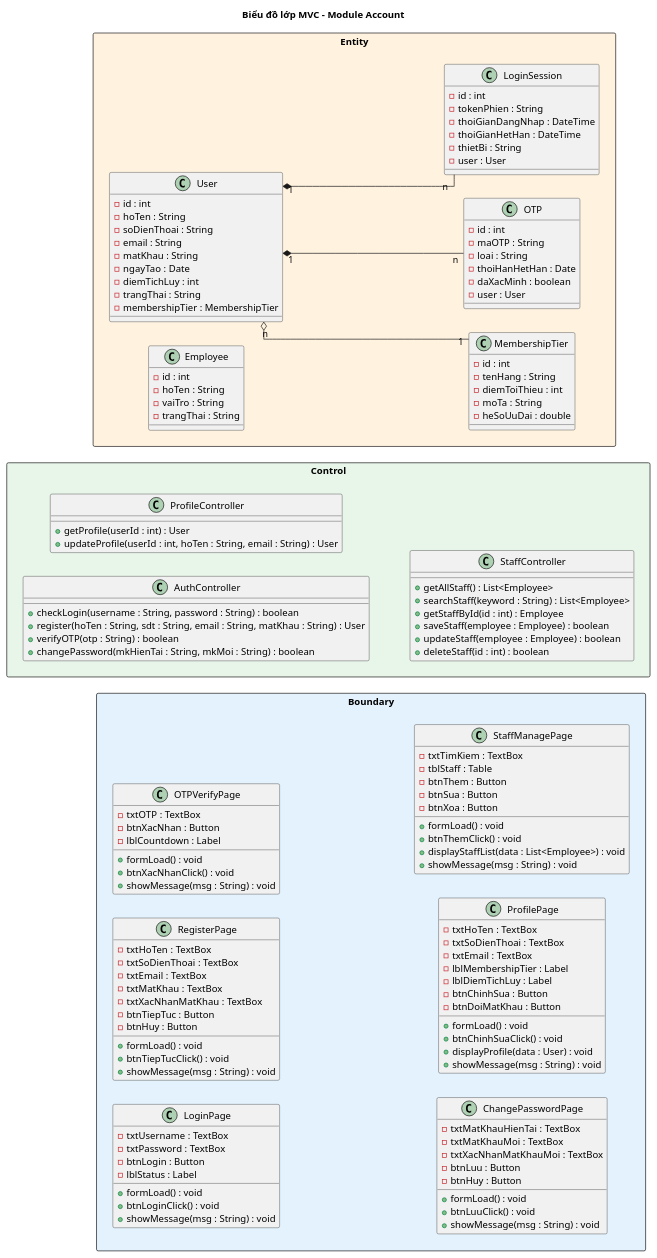
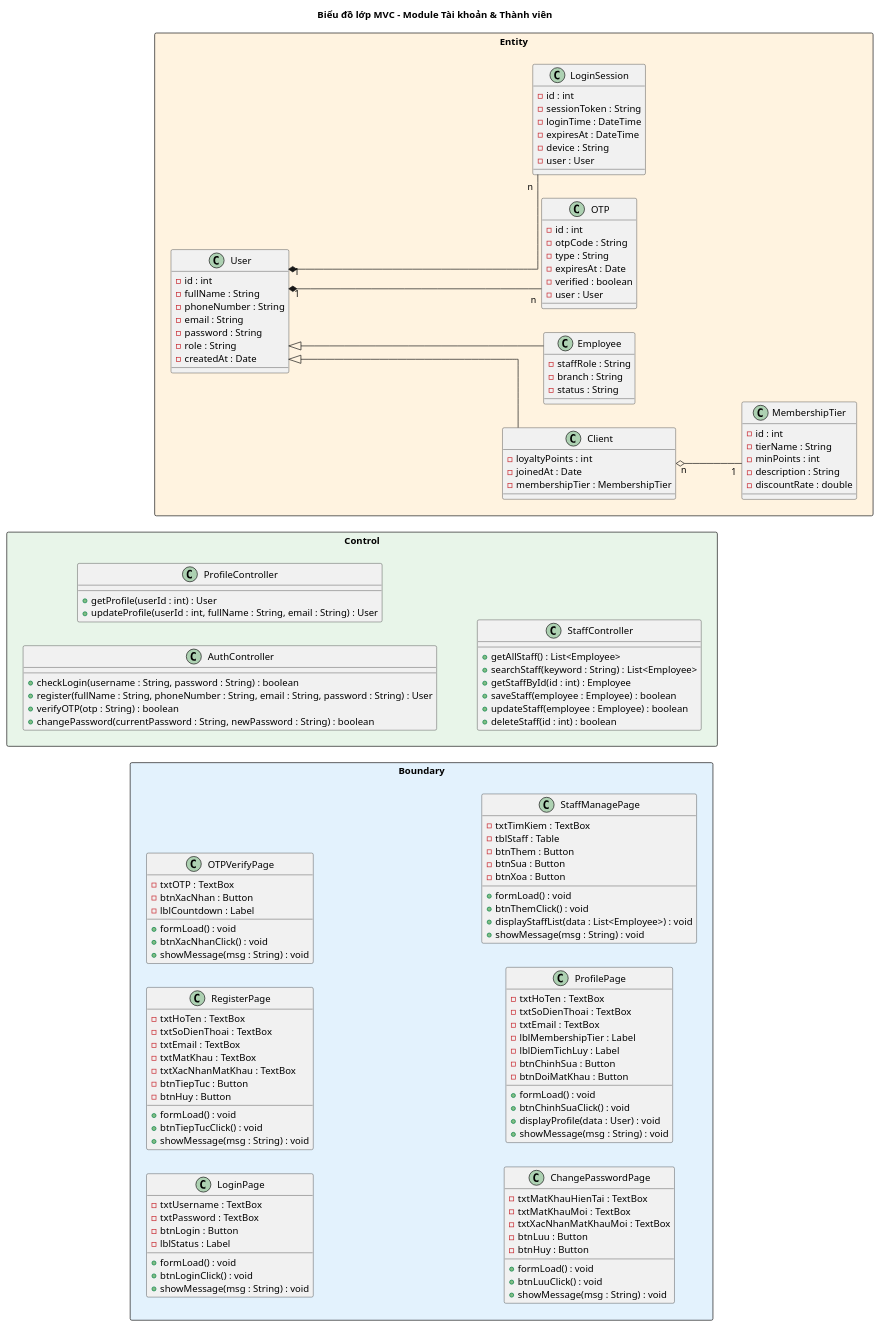
The third of 8 diagrams in docs/tabs/account/iii-design.md (thanhtrnnn/cnpm), drawn with PlantUML before and after one commit. The commit also changed other lines of this file and 8 other files, not shown here.

````diff
--- a/docs/tabs/account/iii-design.md
+++ b/docs/tabs/account/iii-design.md
@@ -406,6 +412,6 @@
 ```plantuml
 @startuml
-title Biểu đồ lớp MVC – Module Account
+title Biểu đồ lớp MVC – Module Tài khoản & Thành viên
 
 left to right direction
 skinparam linetype ortho
@@ -491,14 +497,14 @@
   together {
     class AuthController {
       +checkLogin(username : String, password : String) : boolean
-      +register(hoTen : String, sdt : String, email : String, matKhau : String) : User
+      +register(fullName : String, phoneNumber : String, email : String, password : String) : User
       +verifyOTP(otp : String) : boolean
-      +changePassword(mkHienTai : String, mkMoi : String) : boolean
+      +changePassword(currentPassword : String, newPassword : String) : boolean
     }
 
     class ProfileController {
       +getProfile(userId : int) : User
-      +updateProfile(userId : int, hoTen : String, email : String) : User
+      +updateProfile(userId : int, fullName : String, email : String) : User
     }
 
     class StaffController {
@@ -516,53 +522,58 @@
   together {
     class User {
       -id : int
-      -hoTen : String
-      -soDienThoai : String
+      -fullName : String
+      -phoneNumber : String
       -email : String
-      -matKhau : String
-      -ngayTao : Date
-      -diemTichLuy : int
-      -trangThai : String
+      -password : String
+      -role : String
+      -createdAt : Date
+    }
+
+    class Client {
+      -loyaltyPoints : int
+      -joinedAt : Date
       -membershipTier : MembershipTier
+    }
+
+    class Employee {
+      -staffRole : String
+      -branch : String
+      -status : String
     }
 
     class MembershipTier {
       -id : int
-      -tenHang : String
-      -diemToiThieu : int
-      -moTa : String
-      -heSoUuDai : double
+      -tierName : String
+      -minPoints : int
+      -description : String
+      -discountRate : double
     }
 
     class OTP {
       -id : int
-      -maOTP : String
-      -loai : String
-      -thoiHanHetHan : Date
-      -daXacMinh : boolean
+      -otpCode : String
+      -type : String
+      -expiresAt : Date
+      -verified : boolean
       -user : User
     }
 
     class LoginSession {
       -id : int
-      -tokenPhien : String
-      -thoiGianDangNhap : DateTime
-      -thoiGianHetHan : DateTime
-      -thietBi : String
+      -sessionToken : String
+      -loginTime : DateTime
+      -expiresAt : DateTime
+      -device : String
       -user : User
-    }
-
-    class Employee {
-      -id : int
-      -hoTen : String
-      -vaiTro : String
-      -trangThai : String
     }
   }
 }
 
+User <|-- Client
+User <|-- Employee
 User "1" *-- "n" OTP
 User "1" *-- "n" LoginSession
-User "n" o-- "1" MembershipTier
+Client "n" o-- "1" MembershipTier
 @enduml
 ```
````
